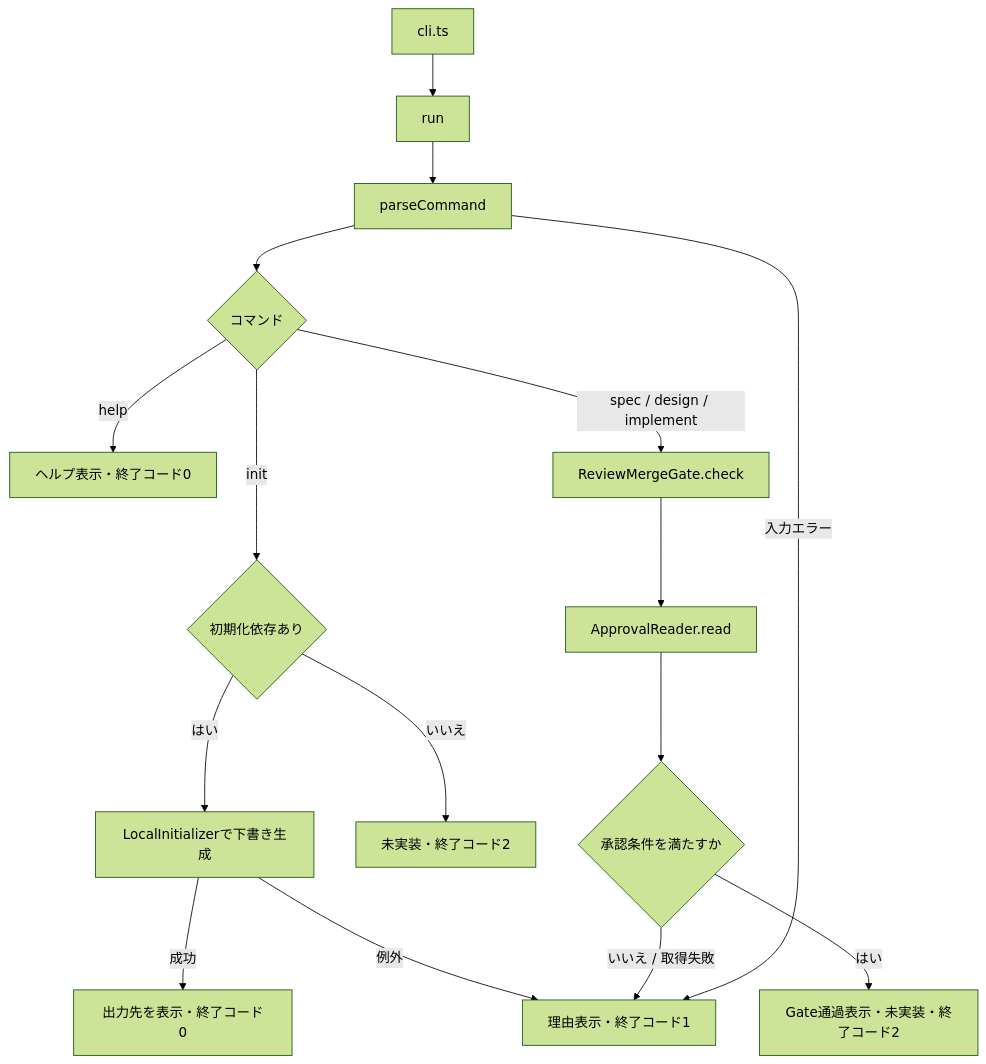
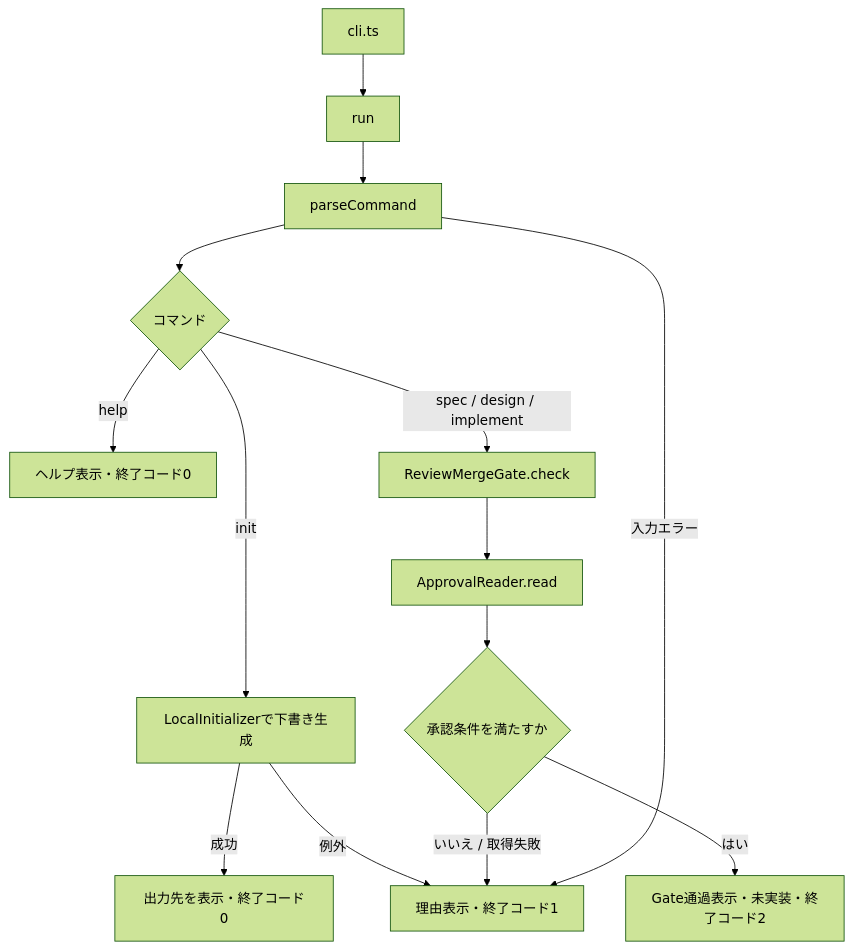
Before and after one commit to bluerabbits69/ai-driven-assistant-cli: the fourth of 4 diagrams in docs/architecture.md, drawn with Mermaid (forest theme). The commit also changed other lines of this file and 2 other files, not shown here.

Commit message:
[fix] run()の初期化依存を必須にし未使用の分岐を削除
本番では常にInitializerを渡すため、initialization引数を必須に変更。
initが終了コード2を返す到達不能な分岐と、それを検証していた
テストを削除し、本番と同じ経路のテストと初期化失敗時のテストを追加。

````diff
--- a/docs/architecture.md
+++ b/docs/architecture.md
@@ -308,18 +308,16 @@
 ```mermaid
 flowchart TD
     A[cli.ts] --> B[run]
     B --> C[parseCommand]
     C --> D{コマンド}
     D -->|help| E[ヘルプ表示・終了コード0]
-    D -->|init| L{初期化依存あり}
-    L -->|はい| F[LocalInitializerで下書き生成]
-    L -->|いいえ| M[未実装・終了コード2]
+    D -->|init| F[LocalInitializerで下書き生成]
     F -->|成功| N[出力先を表示・終了コード0]
     F -->|例外| J
     D -->|spec / design / implement| G[ReviewMergeGate.check]
     G --> H[ApprovalReader.read]
     H --> I{承認条件を満たすか}
     I -->|いいえ / 取得失敗| J[理由表示・終了コード1]
     I -->|はい| K[Gate通過表示・未実装・終了コード2]
     C -->|入力エラー| J
 ```
````
